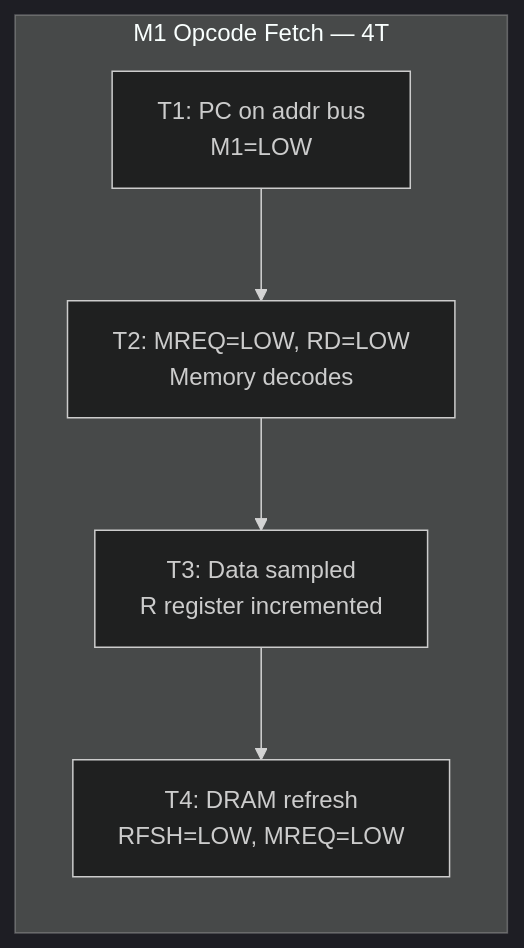
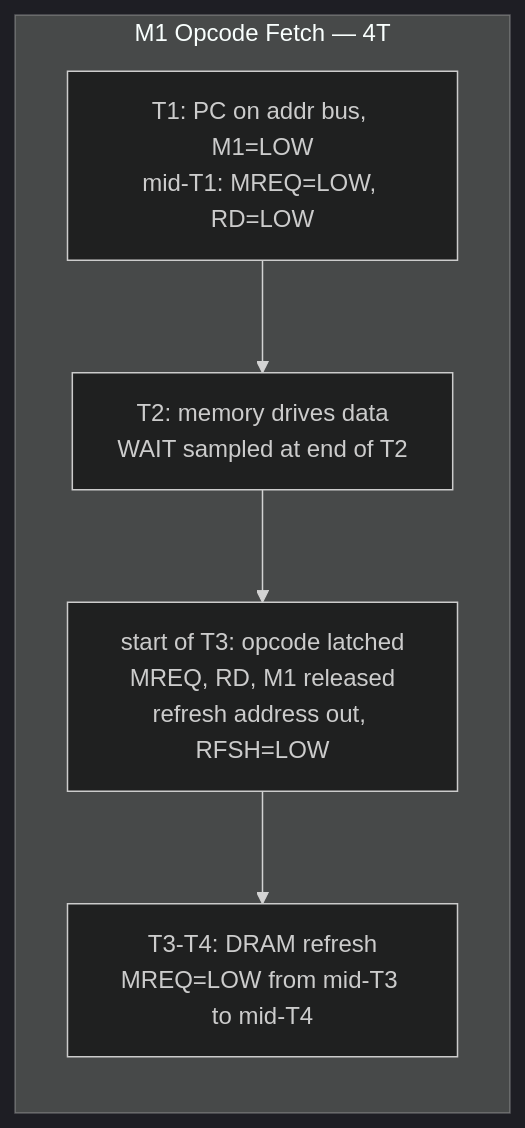
One commit to alfishe/speccy-bootcamp changed the third of 9 diagrams in 01_cpu/z80_timing.md. Above: the diagram before and after it, drawn with Mermaid (dark theme). The commit also changed other lines of this file and 12 other files, not shown here.

First line of the commit message:
docs(zx): Z80 bus timing, shared-DRAM contention model and Scorpion Even M1

````diff
--- a/01_cpu/z80_timing.md
+++ b/01_cpu/z80_timing.md
@@ -204,7 +212,7 @@
 ```mermaid
 graph LR
     subgraph "M1 Opcode Fetch — 4T"
-        T1A[T1: PC on addr bus<br/>M1=LOW] --> T2A[T2: MREQ=LOW, RD=LOW<br/>Memory decodes]
-        T2A --> T3A[T3: Data sampled<br/>R register incremented] --> T4A[T4: DRAM refresh<br/>RFSH=LOW, MREQ=LOW]
+        T1A[T1: PC on addr bus, M1=LOW<br/>mid-T1: MREQ=LOW, RD=LOW] --> T2A[T2: memory drives data<br/>WAIT sampled at end of T2]
+        T2A --> T3A[start of T3: opcode latched<br/>MREQ, RD, M1 released<br/>refresh address out, RFSH=LOW] --> T4A[T3-T4: DRAM refresh<br/>MREQ=LOW from mid-T3 to mid-T4]
     end
 ```
````
